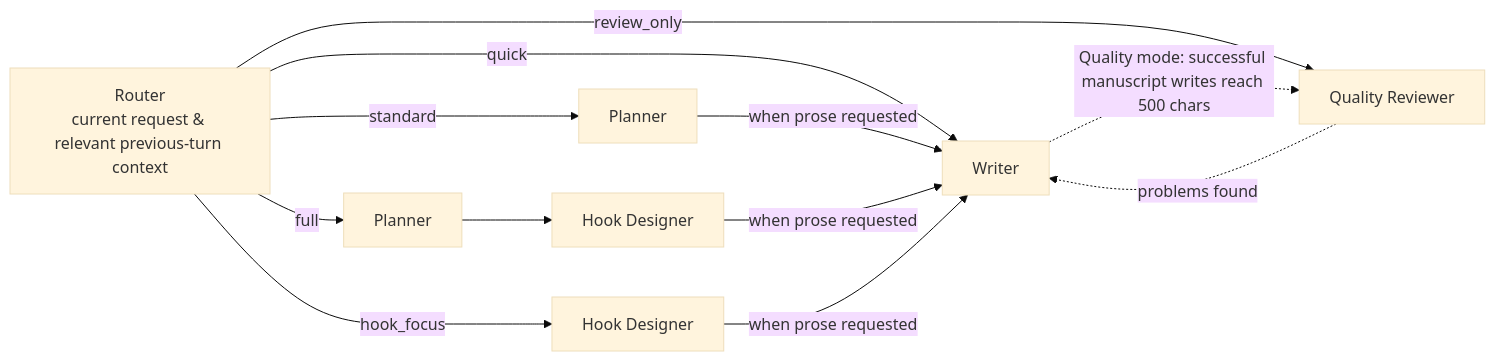
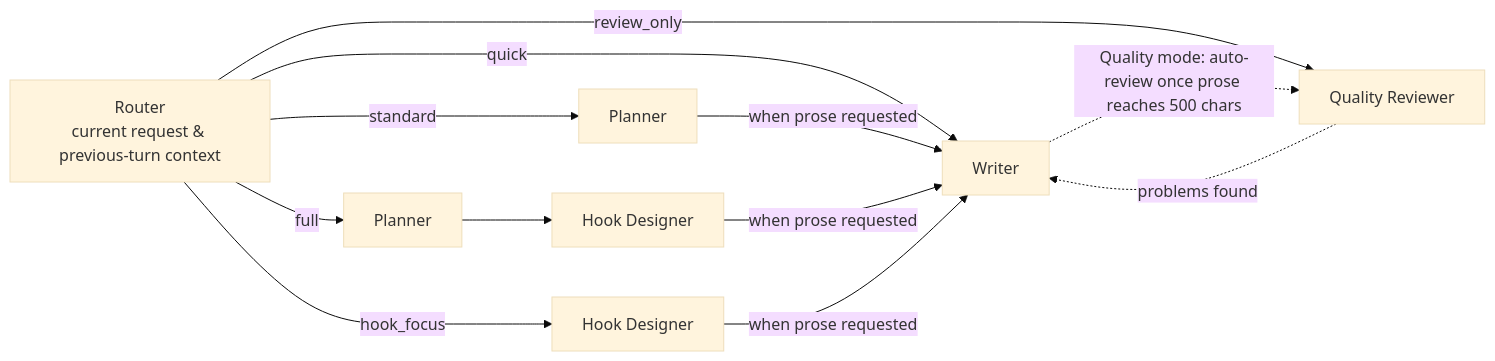
The diagram in README_EN.md (zenstory-ai/zenstory), drawn with Mermaid (base theme) before and after one commit. The commit also changed other lines of this file and 2 other files, not shown here.

````diff
--- a/README_EN.md
+++ b/README_EN.md
@@ -148,10 +149,10 @@
 ```mermaid
 flowchart LR
-    R["Router<br/>current request & relevant previous-turn context"] -->|quick| W["Writer"]
+    R["Router<br/>current request & previous-turn context"] -->|quick| W["Writer"]
     R -->|standard| P["Planner"] -->|when prose requested| W
     R -->|full| P2["Planner"] --> H["Hook Designer"] -->|when prose requested| W
     R -->|hook_focus| H2["Hook Designer"] -->|when prose requested| W
     R -->|review_only| Q["Quality Reviewer"]
-    W -. Quality mode: successful manuscript writes reach 500 chars .-> Q
+    W -. Quality mode: auto-review once prose reaches 500 chars .-> Q
     Q -. problems found .-> W
 ```
````
